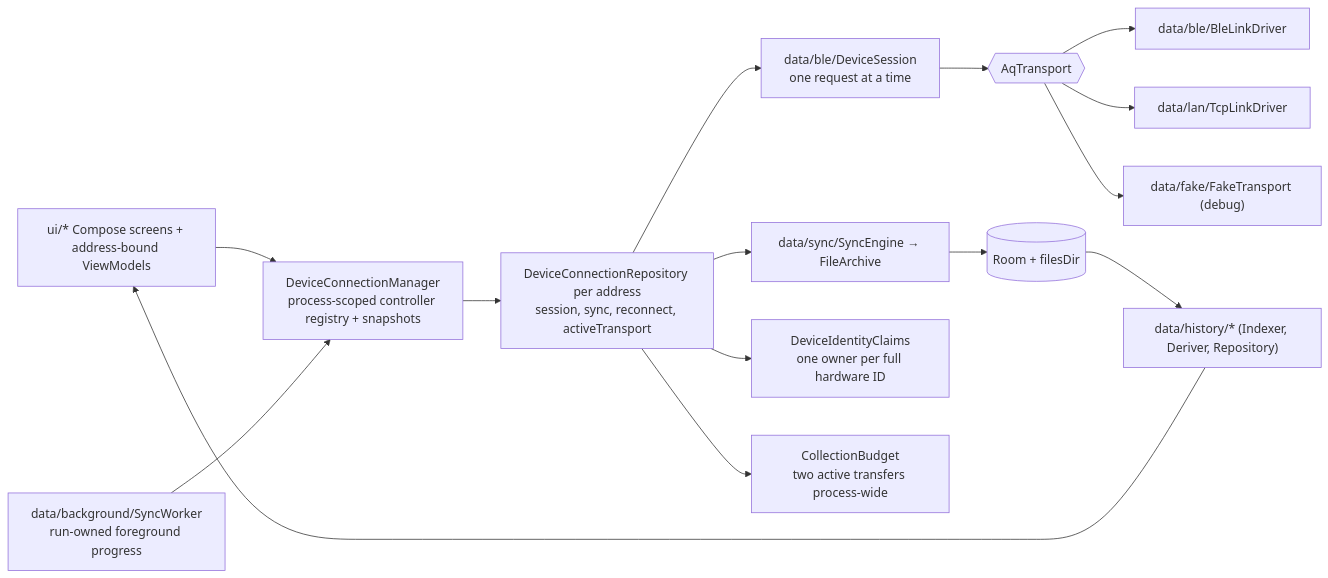
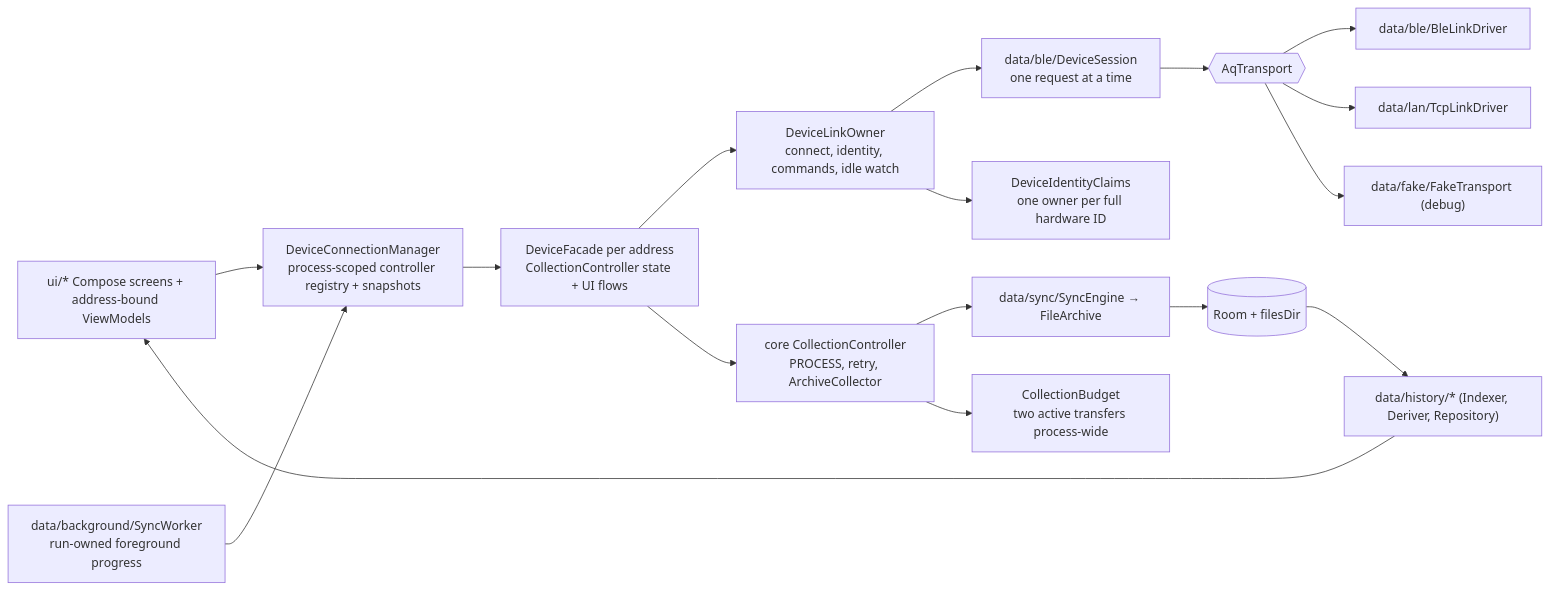
Before and after one commit to walkthru-earth/opensensor-space-mobile: the third of 3 diagrams in docs/architecture.md, drawn with Mermaid. The commit also changed other lines of this file and 34 other files, not shown here.

First line of the commit message:
Wire Android collections through per-device controller

````diff
--- a/docs/architecture.md
+++ b/docs/architecture.md
@@ -140,17 +140,19 @@
 ```mermaid
 flowchart LR
   UI["ui/* Compose screens + address-bound ViewModels"] --> MANAGER["DeviceConnectionManager<br/>process-scoped controller registry + snapshots"]
-  MANAGER --> REPO["DeviceConnectionRepository per address<br/>session, sync, reconnect, activeTransport"]
-  REPO --> SESS["data/ble/DeviceSession<br/>one request at a time"]
+  MANAGER --> REPO["DeviceFacade per address<br/>CollectionController state + UI flows"]
+  REPO --> OWNER["DeviceLinkOwner<br/>connect, identity, commands, idle watch"]
+  OWNER --> SESS["data/ble/DeviceSession<br/>one request at a time"]
   SESS --> TR{{"AqTransport"}}
   TR --> BLE["data/ble/BleLinkDriver"]
   TR --> LAN["data/lan/TcpLinkDriver"]
   TR --> FAKE["data/fake/FakeTransport (debug)"]
-  REPO --> SYNC["data/sync/SyncEngine → FileArchive"]
+  REPO --> COLLECT["core CollectionController<br/>PROCESS, retry, ArchiveCollector"]
+  COLLECT --> SYNC["data/sync/SyncEngine → FileArchive"]
   SYNC --> ROOM[("Room + filesDir")]
   ROOM --> HIST["data/history/* (Indexer, Deriver, Repository)"]
   HIST --> UI
   WORK["data/background/SyncWorker<br/>run-owned foreground progress"] --> MANAGER
-  REPO --> CLAIM["DeviceIdentityClaims<br/>one owner per full hardware ID"]
-  REPO --> BUDGET["CollectionBudget<br/>two active transfers process-wide"]
+  OWNER --> CLAIM["DeviceIdentityClaims<br/>one owner per full hardware ID"]
+  COLLECT --> BUDGET["CollectionBudget<br/>two active transfers process-wide"]
 ```
````
